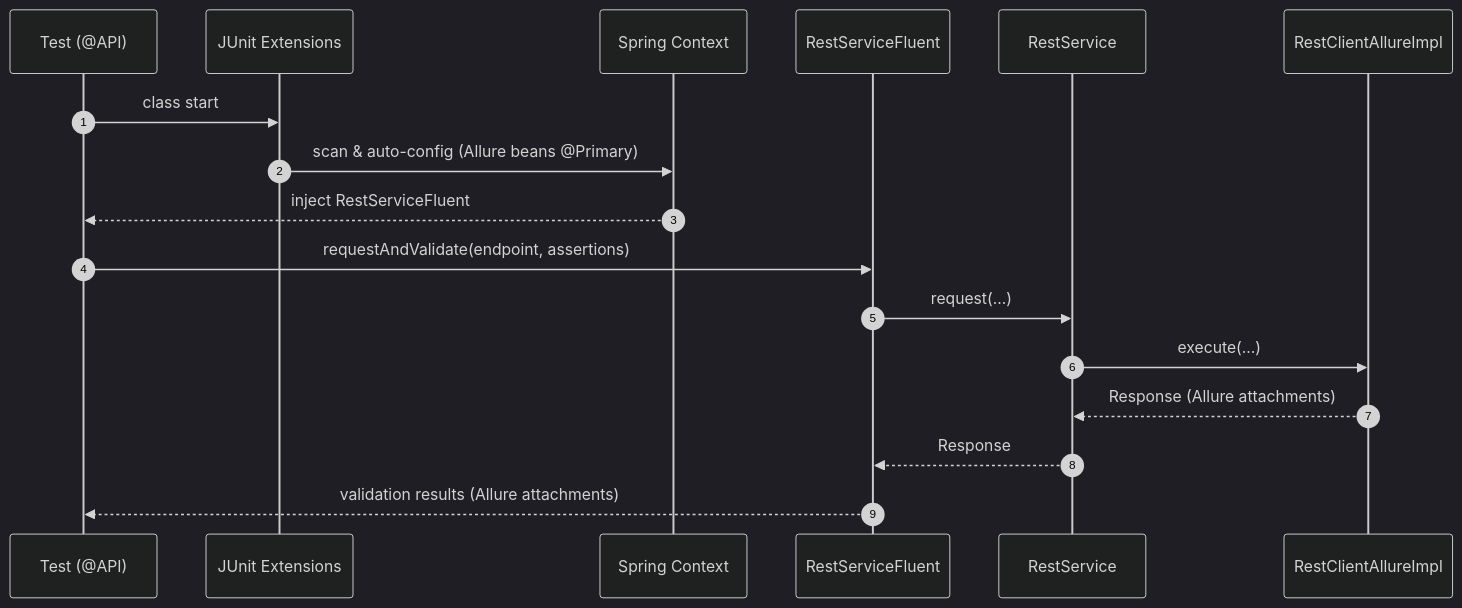
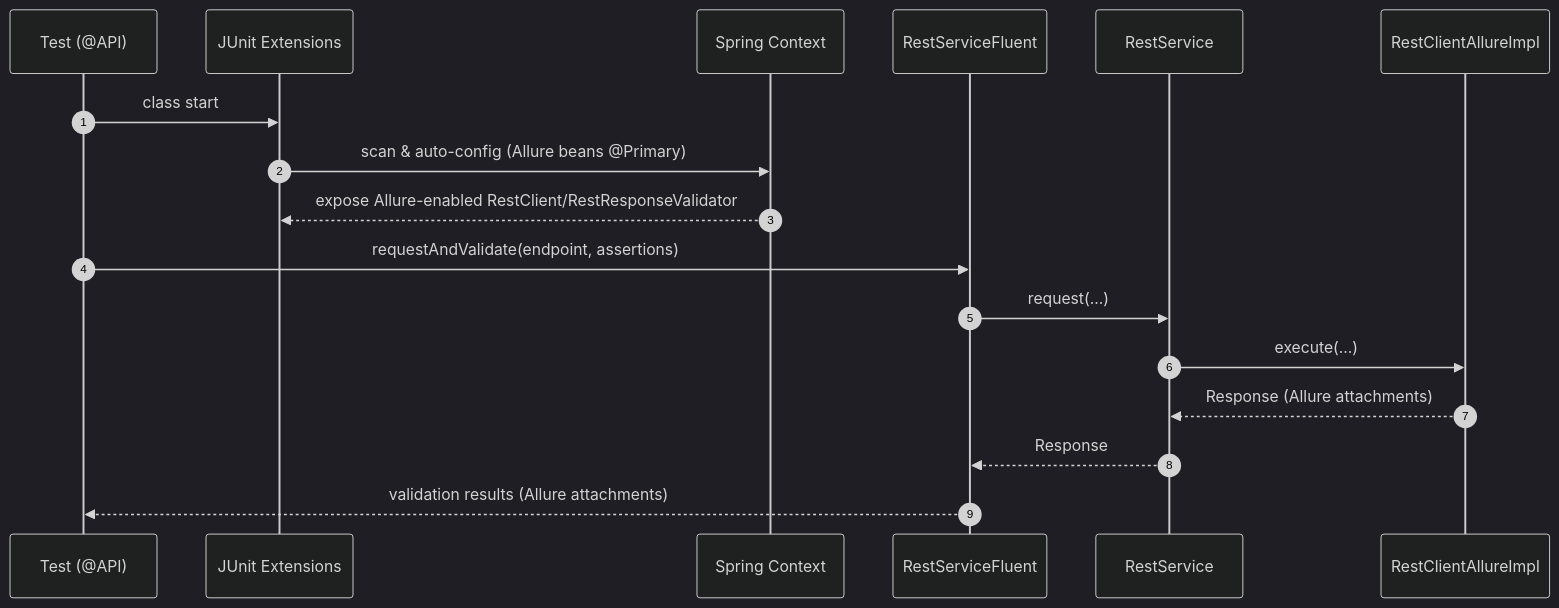
Before and after one commit to CyborgCodeSyndicate/roa-libraries: the second of 2 diagrams in api-interactor-test-framework-adapter/README.md, drawn with Mermaid (dark theme). The commit also changed other lines of this file, not shown here.

Commit message:
update the api adapter README file

````diff
--- a/api-interactor-test-framework-adapter/README.md
+++ b/api-interactor-test-framework-adapter/README.md
@@ -120,20 +119,20 @@
 ```mermaid
 sequenceDiagram
-  autonumber
-  participant T as Test (@API)
-  participant Ext as JUnit Extensions
-  participant Ctx as Spring Context
-  participant F as RestServiceFluent
-  participant RS as RestService
-  participant RC as RestClientAllureImpl
-
-  T->>Ext: class start
-  Ext->>Ctx: scan & auto-config (Allure beans @Primary)
-  Ctx-->>T: inject RestServiceFluent
-  T->>F: requestAndValidate(endpoint, assertions)
-  F->>RS: request(...)
-  RS->>RC: execute(...)
-  RC-->>RS: Response (Allure attachments)
-  RS-->>F: Response
-  F-->>T: validation results (Allure attachments)
+    autonumber
+    participant T as Test (@API)
+    participant Ext as JUnit Extensions
+    participant Ctx as Spring Context
+    participant F as RestServiceFluent
+    participant RS as RestService
+    participant RC as RestClientAllureImpl
+    
+    T ->> Ext: class start
+    Ext ->> Ctx: scan & auto-config (Allure beans @Primary)
+    Ctx -->> Ext: expose Allure-enabled RestClient/RestResponseValidator
+    T ->> F: requestAndValidate(endpoint, assertions)
+    F ->> RS: request(...)
+    RS ->> RC: execute(...)
+    RC -->> RS: Response (Allure attachments)
+    RS -->> F: Response
+    F -->> T: validation results (Allure attachments)
 ```
````
